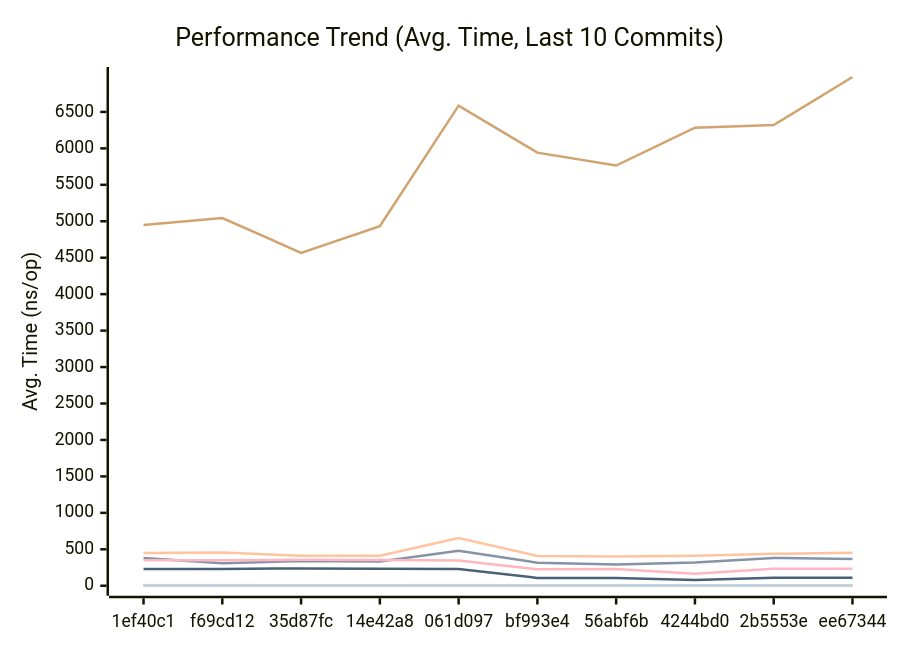
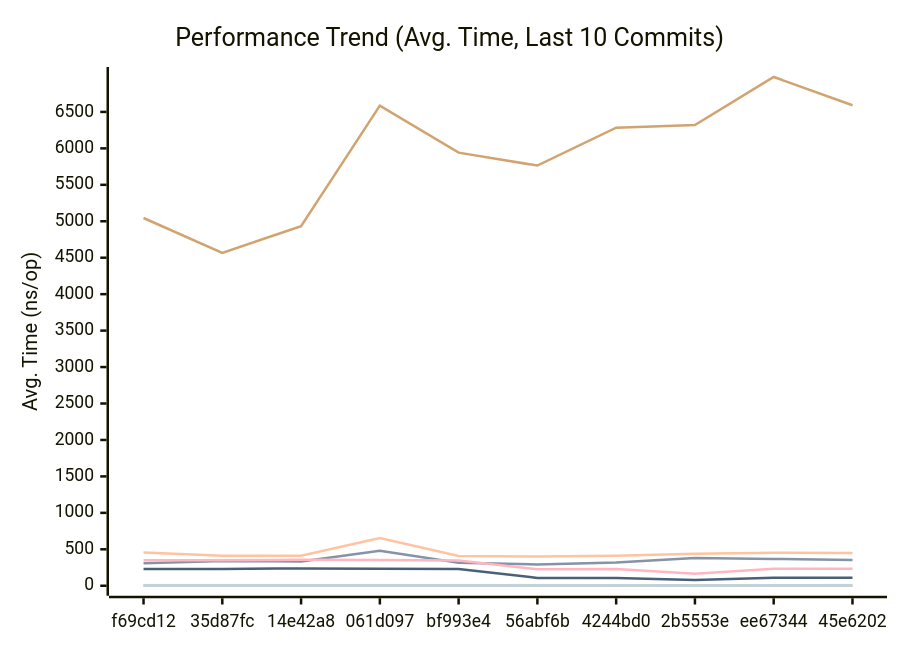
The first of 3 diagrams in docs/PERFORMANCE.md (alsotoes/momo), drawn with Mermaid before and after one commit. The commit also changed other lines of this file and 2 other files, not shown here.

````diff
--- a/docs/PERFORMANCE.md
+++ b/docs/PERFORMANCE.md
@@ -80,16 +80,16 @@
 ```mermaid
 xychart-beta
     title "Performance Trend (Avg. Time, Last 10 Commits)"
     x-axis "Commit"
     y-axis "Avg. Time (ns/op)"
-    x-axis [1ef40c1,f69cd12,35d87fc,14e42a8,061d097,bf993e4,56abf6b,4244bd0,2b5553e,ee67344]
-    line "CheckMetricsAndSwap" [12,9,7,8,11,7,9,8,8,8]
-    line "CrushOptimized" [380,310,340,334,480,316,291,320,382,367]
-    line "CrushOriginal" [449,456,411,411,653,408,400,411,439,453]
+    x-axis [f69cd12,35d87fc,14e42a8,061d097,bf993e4,56abf6b,4244bd0,2b5553e,ee67344,45e6202]
+    line "CheckMetricsAndSwap" [9,7,8,11,7,9,8,8,8,10]
+    line "CrushOptimized" [310,340,334,480,316,291,320,382,367,354]
+    line "CrushOriginal" [456,411,411,653,408,400,411,439,453,450]
     line "IndexDirectTracking" [0,0,0,0,0,0,0,0,0,0]
-    line "IndexSearch" [2,2,3,3,3,3,3,3,3,3]
-    line "LoadGlobalConfig" [4948,5045,4567,4932,6586,5941,5764,6283,6321,6979]
-    line "PadString" [2,2,2,2,3,2,2,2,2,2]
+    line "IndexSearch" [2,3,3,3,3,3,3,3,3,3]
+    line "LoadGlobalConfig" [5045,4567,4932,6586,5941,5764,6283,6321,6979,6592]
+    line "PadString" [2,2,2,3,2,2,2,2,2,2]
     line "ParseReplicationOrder_NoPrealloc" [350,349,357,354,345,225,229,165,232,234]
     line "ParseReplicationOrder_Prealloc" [229,231,237,234,229,108,107,80,110,109]
 ```
````
